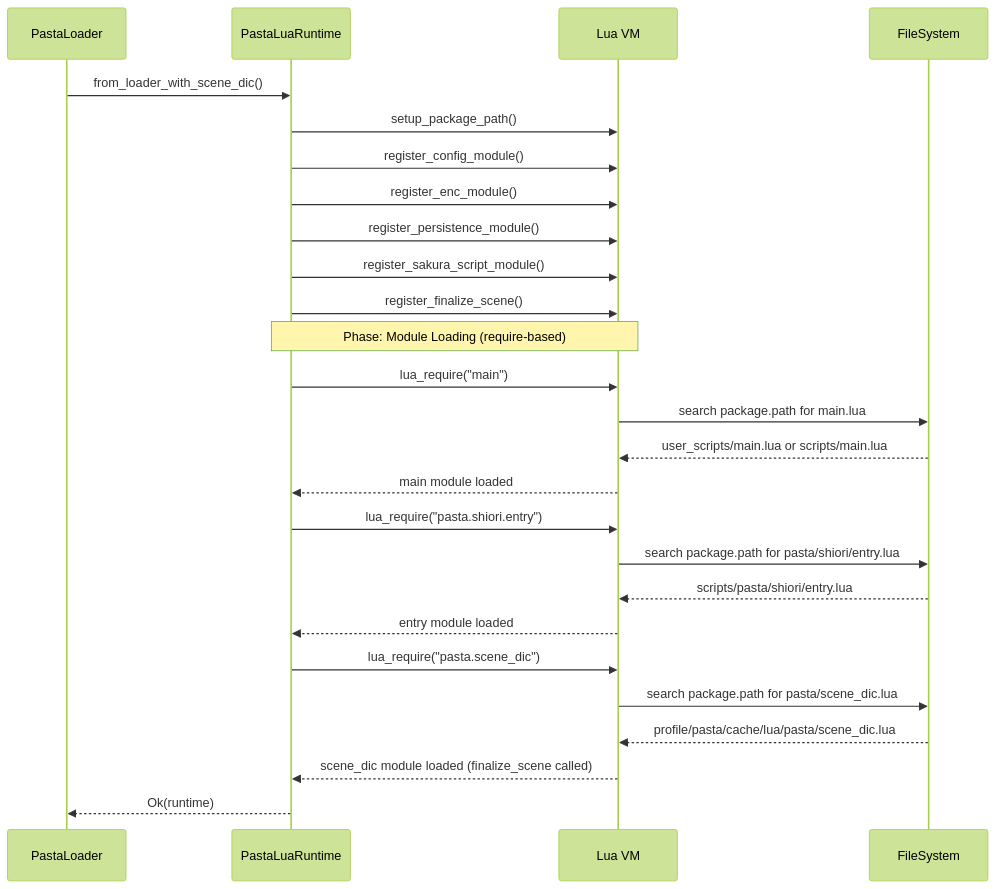
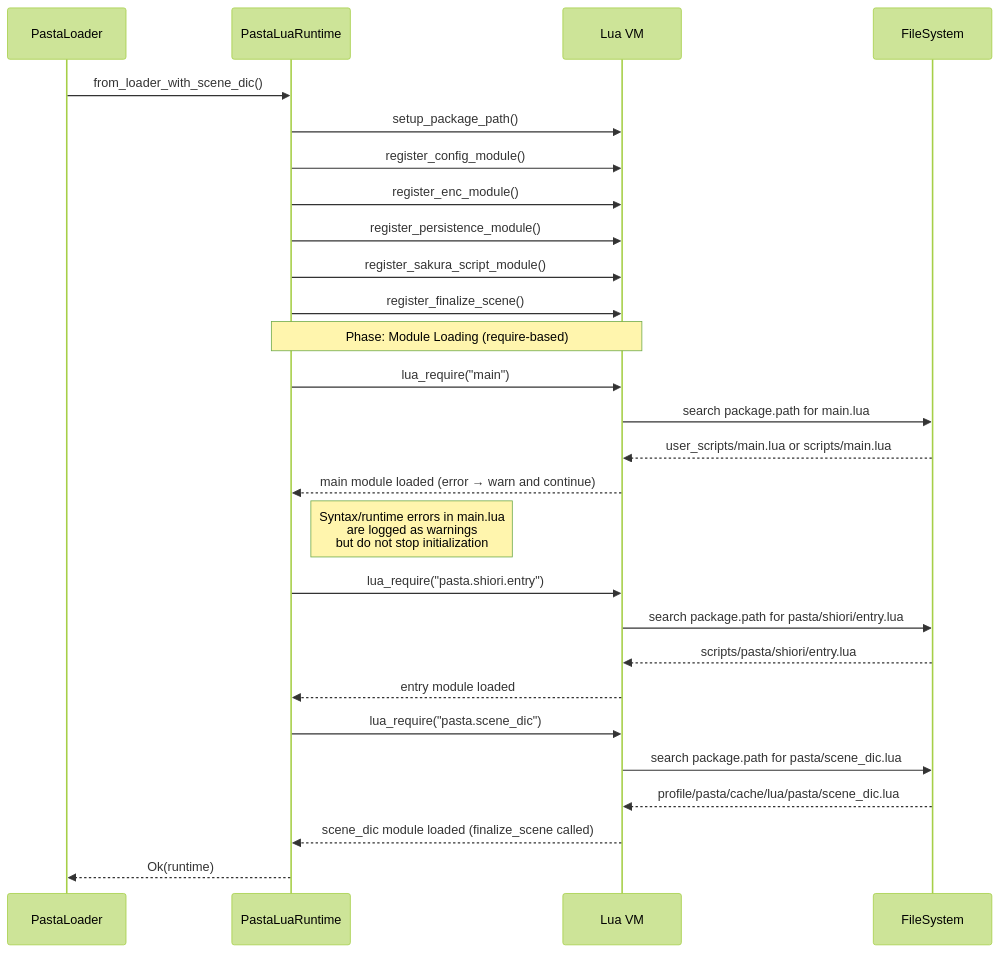
Before and after one commit to ekicyou/pasta: the second of 3 diagrams in .kiro/specs/lua-module-path-resolution/design.md, drawn with Mermaid (forest theme). The commit also changed other lines of this file and 1 other file, not shown here.

First line of the commit message:
fix(design): main.luaエラー時の挙動を明確化（警告のみで継続）

````diff
--- a/.kiro/specs/lua-module-path-resolution/design.md
+++ b/.kiro/specs/lua-module-path-resolution/design.md
@@ -186,34 +186,35 @@
 ```mermaid
 sequenceDiagram
     participant Loader as PastaLoader
     participant Runtime as PastaLuaRuntime
     participant Lua as Lua VM
     participant FS as FileSystem
     
     Loader->>Runtime: from_loader_with_scene_dic()
     Runtime->>Lua: setup_package_path()
     Runtime->>Lua: register_config_module()
     Runtime->>Lua: register_enc_module()
     Runtime->>Lua: register_persistence_module()
     Runtime->>Lua: register_sakura_script_module()
     Runtime->>Lua: register_finalize_scene()
     
     Note over Runtime,Lua: Phase: Module Loading (require-based)
     
     Runtime->>Lua: lua_require("main")
     Lua->>FS: search package.path for main.lua
     FS-->>Lua: user_scripts/main.lua or scripts/main.lua
-    Lua-->>Runtime: main module loaded
+    Lua-->>Runtime: main module loaded (error → warn and continue)
+    Note right of Runtime: Syntax/runtime errors in main.lua<br/>are logged as warnings<br/>but do not stop initialization
     
     Runtime->>Lua: lua_require("pasta.shiori.entry")
     Lua->>FS: search package.path for pasta/shiori/entry.lua
     FS-->>Lua: scripts/pasta/shiori/entry.lua
     Lua-->>Runtime: entry module loaded
     
     Runtime->>Lua: lua_require("pasta.scene_dic")
     Lua->>FS: search package.path for pasta/scene_dic.lua
     FS-->>Lua: profile/pasta/cache/lua/pasta/scene_dic.lua
     Lua-->>Runtime: scene_dic module loaded (finalize_scene called)
     
     Runtime-->>Loader: Ok(runtime)
 ```
````
